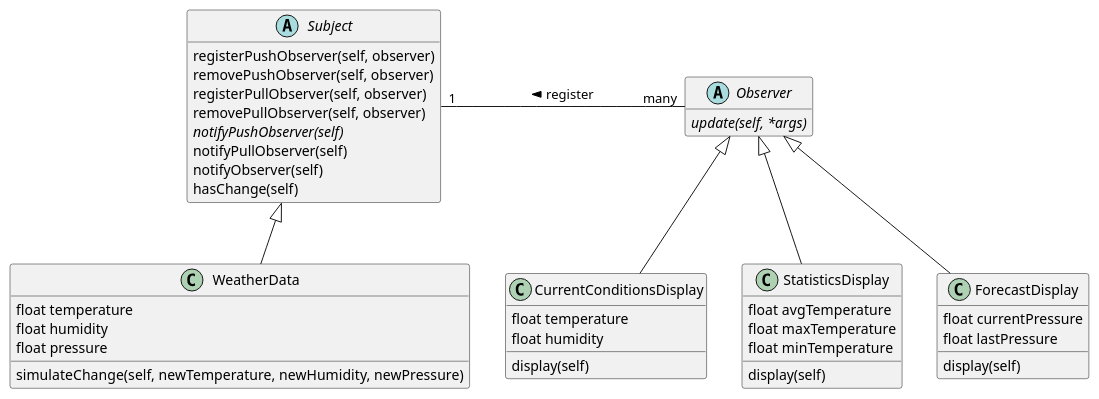
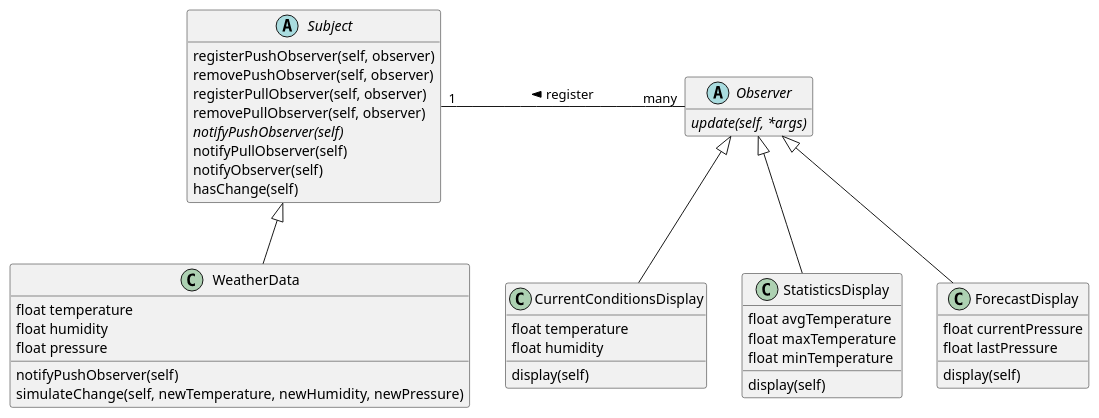
One commit to gama79530/DesignPattern changed the diagram in 02_ObserverPattern/ObserverPattern.puml. Above: the diagram before and after it, drawn with PlantUML.

Commit message:
update Observer Pattern

```diff
--- a/02_ObserverPattern/ObserverPattern.puml
+++ b/02_ObserverPattern/ObserverPattern.puml
@@ -1,54 +1,55 @@
 @startuml
 
 hide empty members
 
 abstract class Subject{
     registerPushObserver(self, observer)
     removePushObserver(self, observer)
     registerPullObserver(self, observer)
     removePullObserver(self, observer)
     {abstract} notifyPushObserver(self)
     notifyPullObserver(self)
     notifyObserver(self)
     hasChange(self)
 }
 
 class WeatherData{
     float temperature
     float humidity
     float pressure
+    notifyPushObserver(self)
     simulateChange(self, newTemperature, newHumidity, newPressure)
 }
 
 abstract class Observer{
     {abstract} update(self, *args)
 }
 
 class CurrentConditionsDisplay{
     float temperature
     float humidity
     display(self)
 }
 
 class StatisticsDisplay{
     float avgTemperature
     float maxTemperature
     float minTemperature
     display(self)
 }
 
 class ForecastDisplay{
     float currentPressure
     float lastPressure
     display(self)
 }
 
 Subject <|-- WeatherData
 
 Observer <|-- CurrentConditionsDisplay
 Observer <|-- StatisticsDisplay
 Observer <|-- ForecastDisplay
 
 Subject "1" - "many" Observer : < register 
 
 @enduml
```
